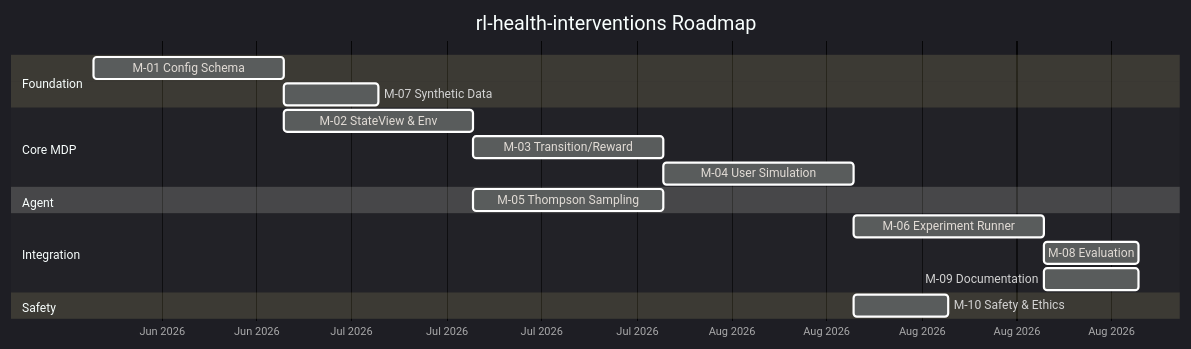
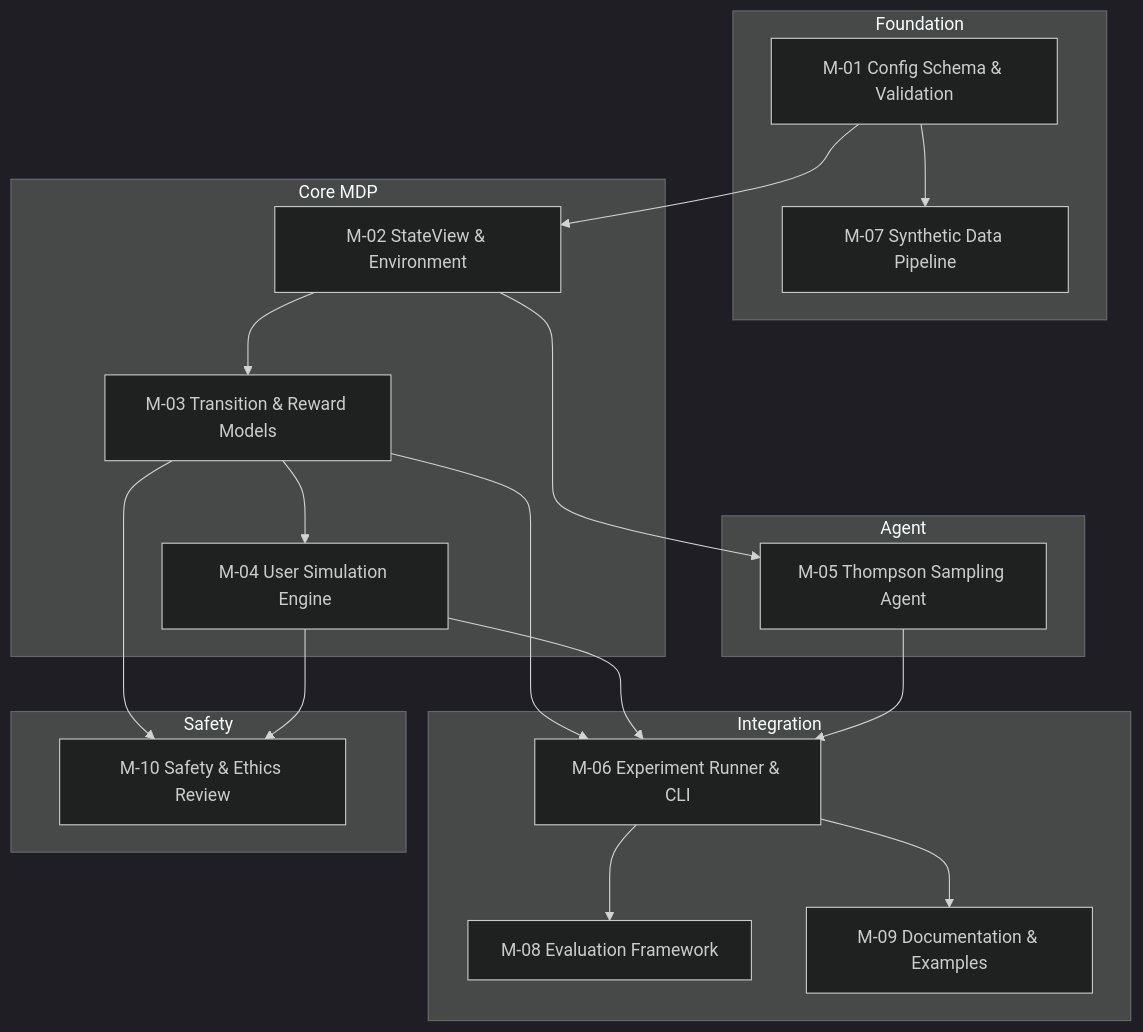
The diagram in docs/ROADMAP.md (wd7512/rl-health-interventions), drawn with Mermaid (dark theme) before and after one commit. The commit also changed other lines of this file and 1 other file, not shown here.

Commit message:
docs: clean up roadmap and align readme diagram
- Fix YAML frontmatter in ROADMAP.md (unquoted # in headline broke parser)
- Replace Mermaid Gantt with flowchart — removes dates/durations, keeps dependency flow
- Remove Sprint Target column from milestone table
- Remove phase-labeled headings and footer from Success Metrics
- Add M-08, M-09, M-10 to README milestone diagram
- Fix README diagram code block formatting

````diff
--- a/docs/ROADMAP.md
+++ b/docs/ROADMAP.md
@@ -272,26 +275,51 @@
 ```mermaid
-gantt
-  dateFormat  YYYY-MM-DD
-  axisFormat  %b %Y
-  title  rl-health-interventions Roadmap
-  
-  section Foundation
-    M-01 Config Schema      : m01, 2026-06-16, 2w
-    M-07 Synthetic Data     : m07, after m01, 1w
-  
-  section Core MDP
-    M-02 StateView & Env    : m02, after m01, 2w
-    M-03 Transition/Reward  : m03, after m02, 2w
-    M-04 User Simulation    : m04, after m03, 2w
-  
-  section Agent
-    M-05 Thompson Sampling  : m05, after m02, 2w
-  
-  section Integration
-    M-06 Experiment Runner  : m06, after m03 m04 m05, 2w
-    M-08 Evaluation         : m08, after m06, 1w
-    M-09 Documentation      : m09, after m06, 1w
+flowchart TD
+    M01["M-01 Config Schema & Validation"]
+    M07["M-07 Synthetic Data Pipeline"]
+    M02["M-02 StateView & Environment"]
+    M03["M-03 Transition & Reward Models"]
+    M04["M-04 User Simulation Engine"]
+    M05["M-05 Thompson Sampling Agent"]
+    M06["M-06 Experiment Runner & CLI"]
+    M08["M-08 Evaluation Framework"]
+    M09["M-09 Documentation & Examples"]
+    M10["M-10 Safety & Ethics Review"]
 
-  section Safety
-    M-10 Safety & Ethics    : m10, after m03 m04, 1w
+    M01 --> M07
+    M01 --> M02
+    M02 --> M03
+    M03 --> M04
+    M02 --> M05
+    M03 --> M06
+    M04 --> M06
+    M05 --> M06
+    M06 --> M08
+    M06 --> M09
+    M03 --> M10
+    M04 --> M10
+
+    subgraph Foundation
+        M01
+        M07
+    end
+
+    subgraph "Core MDP"
+        M02
+        M03
+        M04
+    end
+
+    subgraph Agent
+        M05
+    end
+
+    subgraph Integration
+        M06
+        M08
+        M09
+    end
+
+    subgraph Safety
+        M10
+    end
 ```
````
